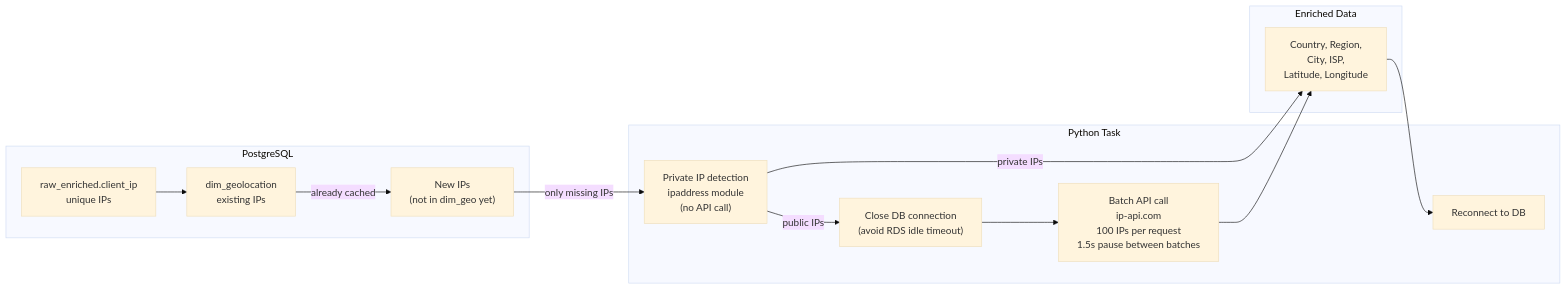
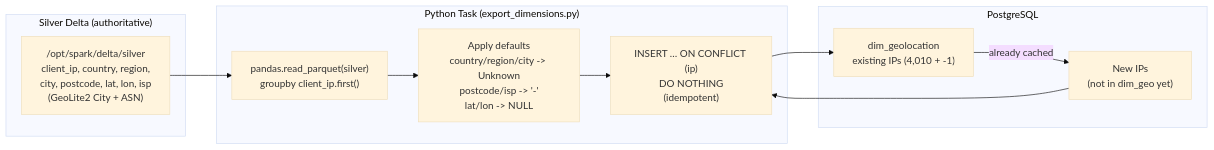
The eighth of 14 diagrams in README.md (AhmedIkram05/w3c-etl-pipeline), drawn with Mermaid (base theme) before and after one commit. The commit also changed other lines of this file, not shown here.

Commit message:
docs: update README with enhanced pipeline details, including data volume, quality metrics, and infrastructure changes

````diff
--- a/README.md
+++ b/README.md
@@ -580,28 +543,24 @@
 ```mermaid
 flowchart LR
-    subgraph db["PostgreSQL"]
-        raw["raw_enriched.client_ip<br/>unique IPs"]
-        geo_dim["dim_geolocation<br/>existing IPs"]
-        to_query["New IPs<br/>(not in dim_geo yet)"]
+    subgraph silver["Silver Delta (authoritative)"]
+        silver_tbl["/opt/spark/delta/silver<br/>client_ip, country, region,<br/>city, postcode, lat, lon, isp<br/>(GeoLite2 City + ASN)"]
     end
 
-    subgraph python["Python Task"]
-        close["Close DB connection<br/>(avoid RDS idle timeout)"]
-        batch["Batch API call<br/>ip-api.com<br/>100 IPs per request<br/>1.5s pause between batches"]
-        detect["Private IP detection<br/>ipaddress module<br/>(no API call)"]
-        reconnect["Reconnect to DB"]
+    subgraph python["Python Task (export_dimensions.py)"]
+        read["pandas.read_parquet(silver)<br/>groupby client_ip.first()"]
+        defaults["Apply defaults<br/>country/region/city -> Unknown<br/>postcode/isp -> '-'<br/>lat/lon -> NULL"]
+        upsert["INSERT … ON CONFLICT (ip)<br/>DO NOTHING<br/>(idempotent)"]
     end
 
-    subgraph enrich["Enriched Data"]
-        result["Country, Region,<br/>City, ISP,<br/>Latitude, Longitude"]
+    subgraph db["PostgreSQL"]
+        geo_dim["dim_geolocation<br/>existing IPs (4,010 + -1)"]
+        new_rows["New IPs<br/>(not in dim_geo yet)"]
     end
 
-    raw --> geo_dim
-    geo_dim -->|already cached| to_query
-    to_query -->|only missing IPs| detect
-    detect -->|private IPs| result
-    detect -->|public IPs| close
-    close --> batch
-    batch --> result
-    result --> reconnect
+    silver_tbl --> read
+    read --> defaults
+    defaults --> upsert
+    geo_dim -->|already cached| new_rows
+    new_rows --> upsert
+    upsert --> geo_dim
 ```
````
